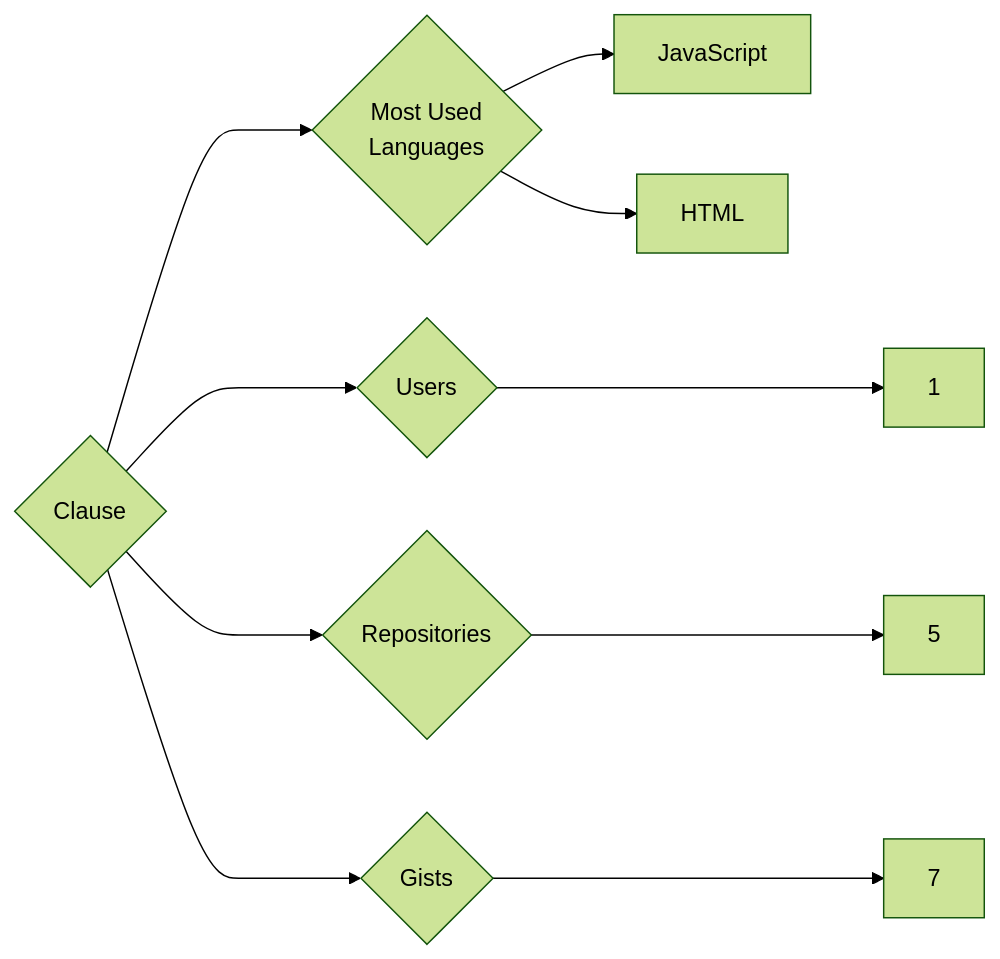
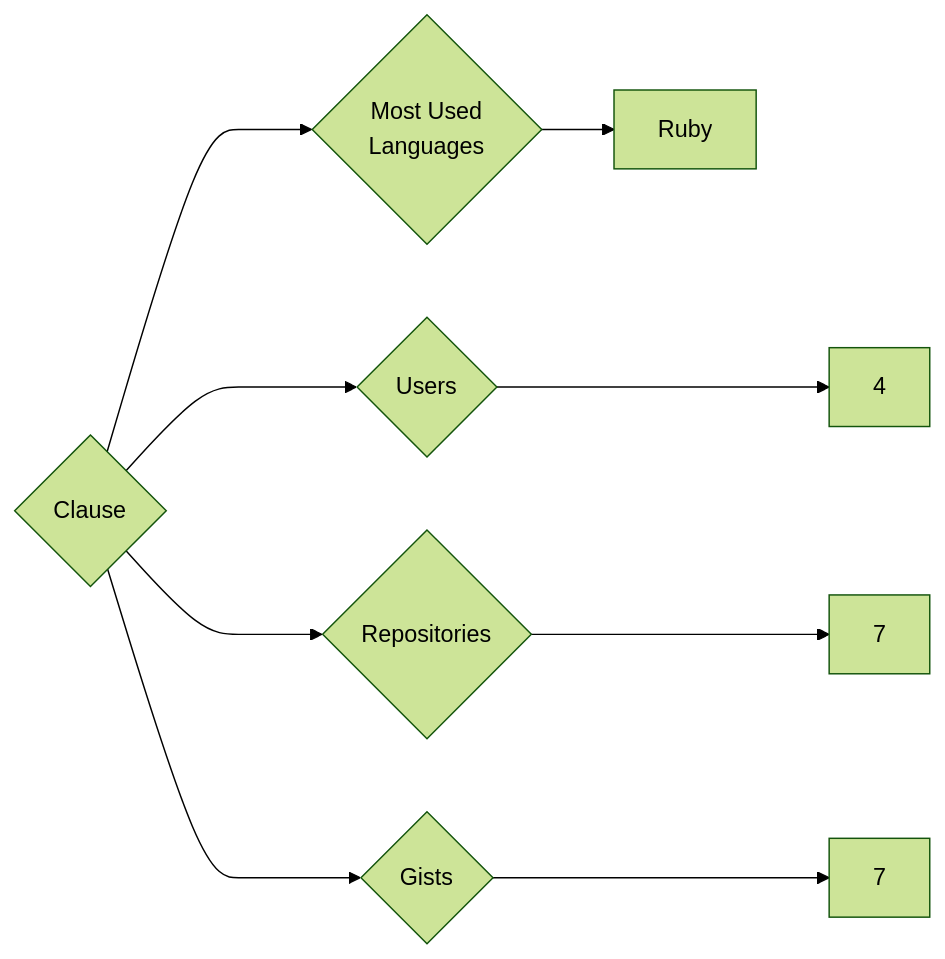
Before and after one commit to trickest/insiders: the diagram in targets/Clause/README.md, drawn with Mermaid (forest theme). The commit also changed 681 other files, not shown here.

````diff
--- a/targets/Clause/README.md
+++ b/targets/Clause/README.md
@@ -3,10 +3,9 @@
 ```mermaid
 graph LR
 COMPANY_NAME{Clause}
-COMPANY_NAME ---> U{Users} ---> UN[1]
-COMPANY_NAME ---> R{Repositories} ---> RN[5]
+COMPANY_NAME ---> U{Users} ---> UN[4]
+COMPANY_NAME ---> R{Repositories} ---> RN[7]
 COMPANY_NAME ---> G{Gists} ---> GN[7]
 COMPANY_NAME ---> ML{Most Used<br>Languages}
-ML --> JavaScript[JavaScript]
-ML --> HTML[HTML]
+ML --> Ruby[Ruby]
 ```
````
